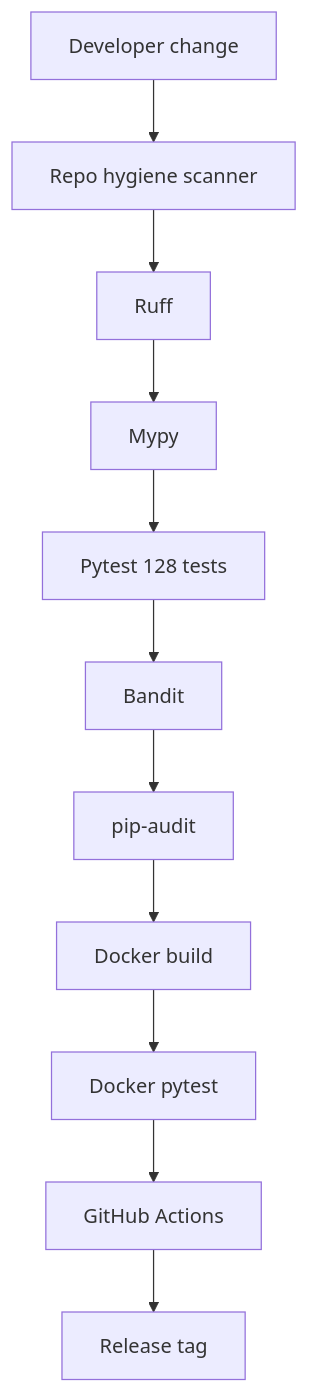
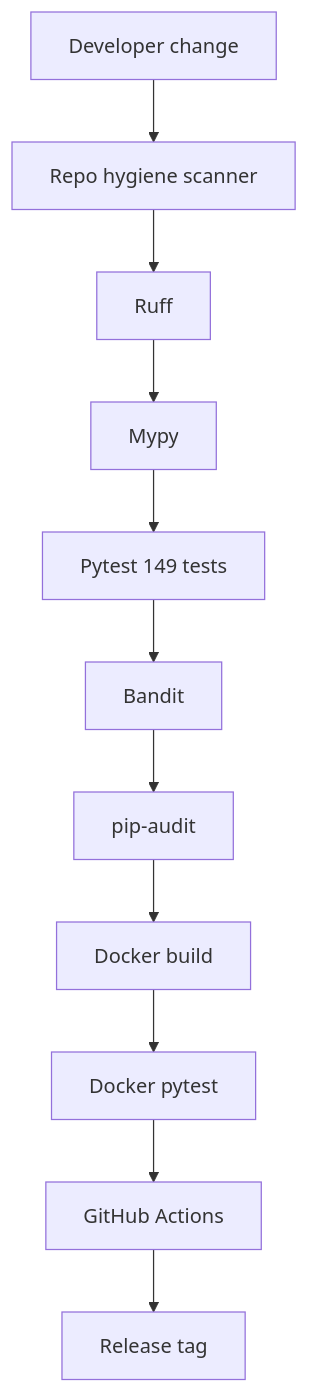
The fourth of 4 diagrams in README.md (codethor0/llm-agent-control-plane-lab), drawn with Mermaid before and after one commit. The commit also changed other lines of this file and 13 other files, not shown here.

````diff
--- a/README.md
+++ b/README.md
@@ -174,16 +174,16 @@
 ```mermaid
 flowchart TD
   ch[Developer change]
   rh[Repo hygiene scanner]
   rf[Ruff]
   my[Mypy]
-  py[Pytest 128 tests]
+  py[Pytest 149 tests]
   bd[Bandit]
   pa[pip-audit]
   dk[Docker build]
   dt[Docker pytest]
   ga[GitHub Actions]
   rel[Release tag]
 
   ch --> rh --> rf --> my --> py --> bd --> pa --> dk --> dt --> ga --> rel
 ```
````
